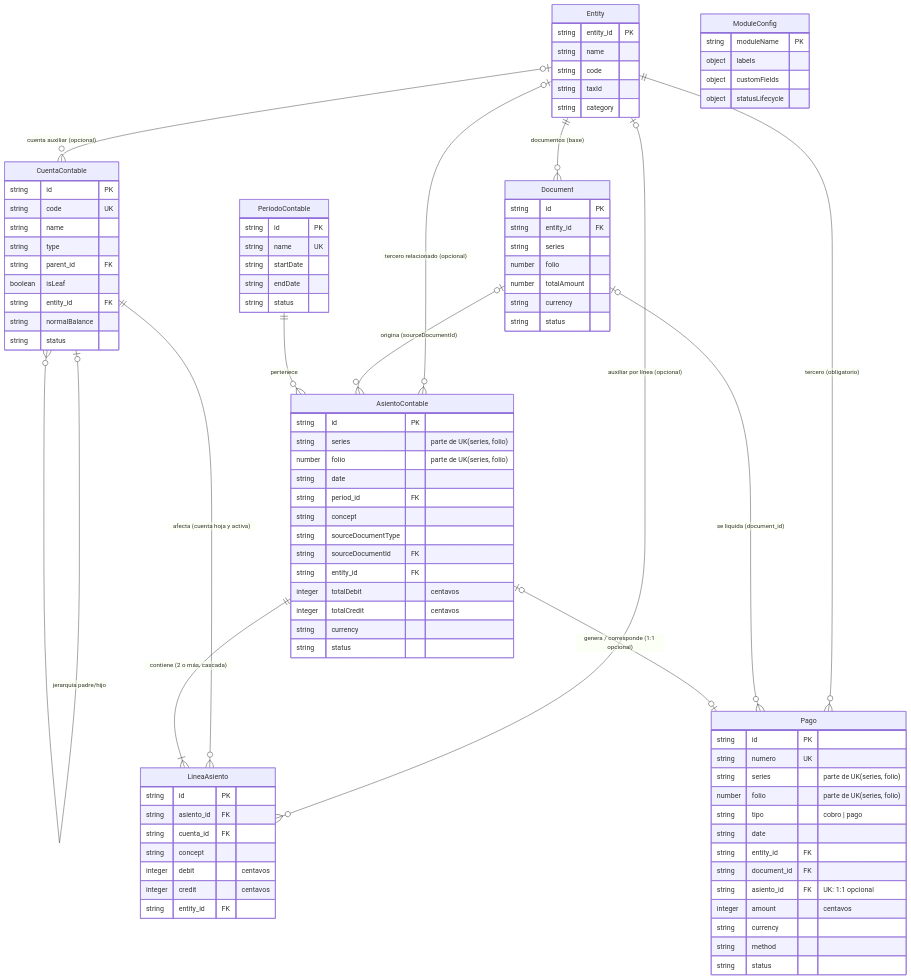
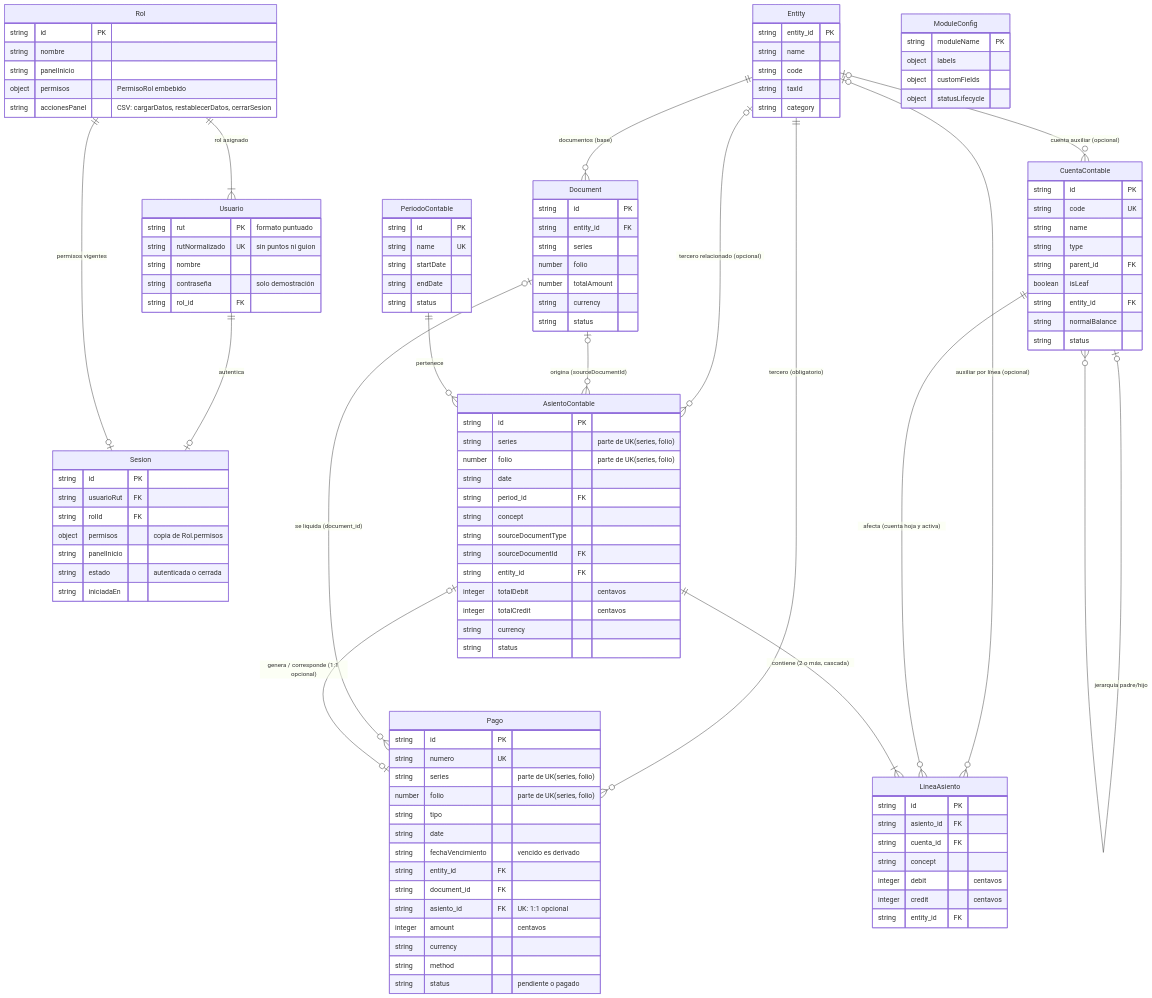
One commit to MDS-BI/Grupo-17 changed the diagram in specs/002-contabilidad-finanzas/er-diagram.md. Above: the diagram before and after it, drawn with Mermaid. The commit also changed other lines of this file and 56 other files, not shown here.

````diff
--- a/specs/002-contabilidad-finanzas/er-diagram.md
+++ b/specs/002-contabilidad-finanzas/er-diagram.md
@@ -80,5 +15,8 @@
 ```mermaid
 erDiagram
+    Rol ||--|{ Usuario : "rol asignado"
+    Usuario ||--o| Sesion : "autentica"
+    Rol ||--o| Sesion : "permisos vigentes"
     Entity ||--o{ Document : "documentos (base)"
     Entity |o--o{ CuentaContable : "cuenta auxiliar (opcional)"
     Entity |o--o{ AsientoContable : "tercero relacionado (opcional)"
@@ -92,6 +30,29 @@
     AsientoContable ||--|{ LineaAsiento : "contiene (2 o más, cascada)"
     AsientoContable |o--o| Pago : "genera / corresponde (1:1 opcional)"
 
+    Rol {
+        string id PK
+        string nombre
+        string panelInicio
+        object permisos "PermisoRol embebido"
+        string accionesPanel "CSV: cargarDatos, restablecerDatos, cerrarSesion"
+    }
+    Usuario {
+        string rut PK "formato puntuado"
+        string rutNormalizado UK "sin puntos ni guion"
+        string nombre
+        string contraseña "solo demostración"
+        string rol_id FK
+    }
+    Sesion {
+        string id PK
+        string usuarioRut FK
+        string rolId FK
+        object permisos "copia de Rol.permisos"
+        string panelInicio
+        string estado "autenticada o cerrada"
+        string iniciadaEn
+    }
     Entity {
         string entity_id PK
         string name
@@ -161,14 +122,15 @@
         string numero UK
         string series "parte de UK(series, folio)"
         number folio "parte de UK(series, folio)"
-        string tipo "cobro | pago"
+        string tipo
         string date
+        string fechaVencimiento "vencido es derivado"
         string entity_id FK
         string document_id FK
         string asiento_id FK "UK: 1:1 opcional"
         integer amount "centavos"
         string currency
         string method
-        string status
+        string status "pendiente o pagado"
     }
 ```
````
